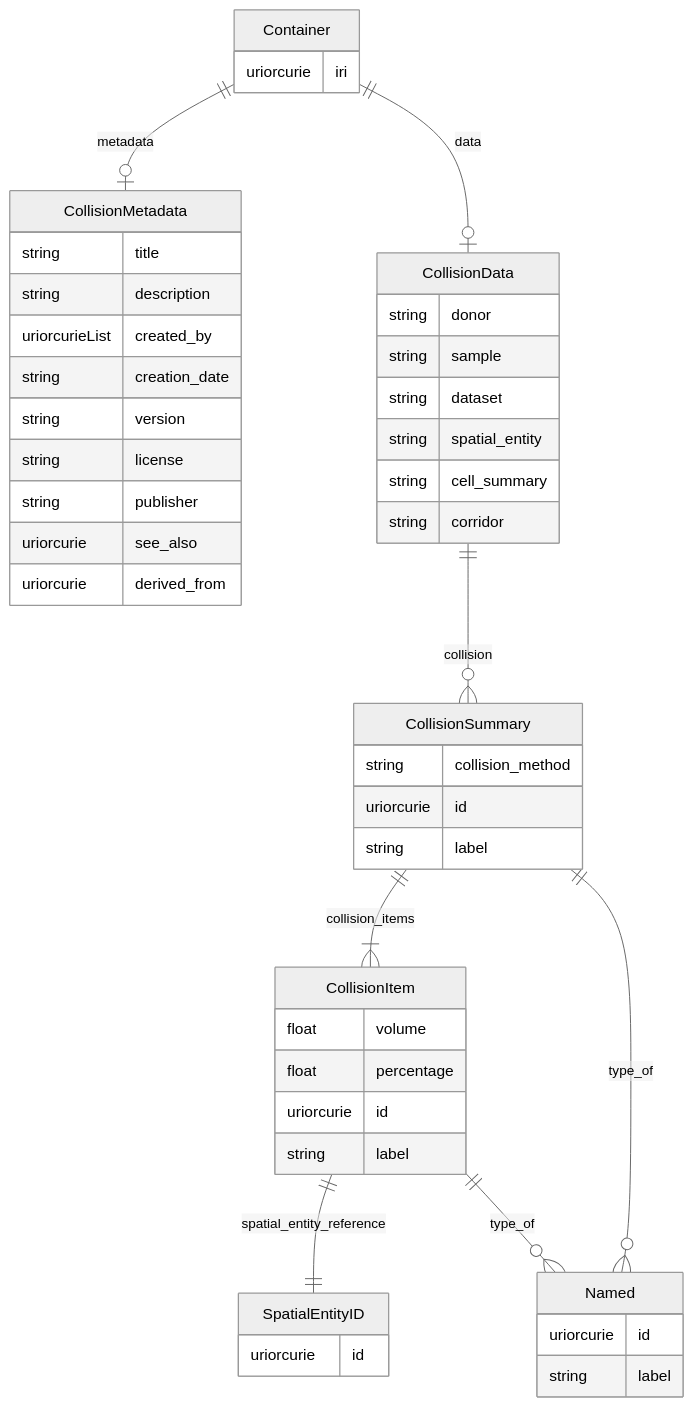
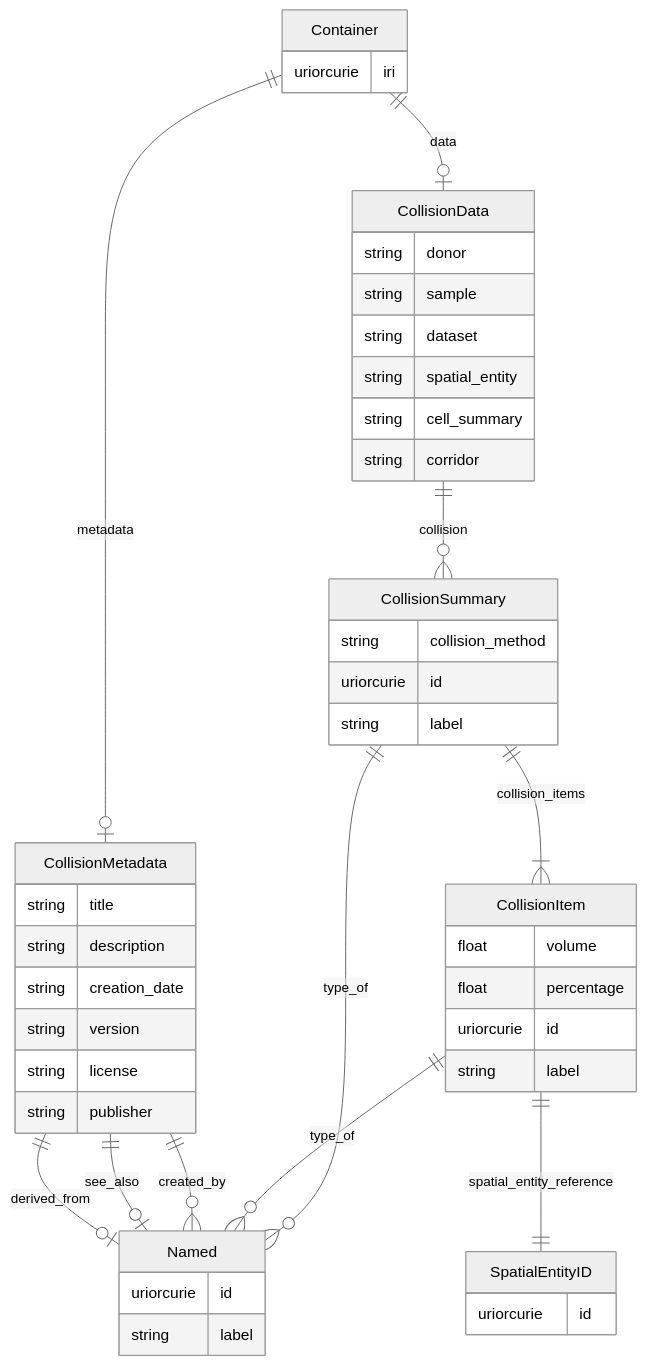
One commit to hubmapconsortium/hra-do-processor changed the sixth of 18 diagrams in er-diagrams.md. Above: the diagram before and after it, drawn with Mermaid (neutral theme). The commit also changed other lines of this file and 26 other files, not shown here.

````diff
--- a/er-diagrams.md
+++ b/er-diagrams.md
@@ -306,52 +314,52 @@
 ```mermaid
 erDiagram
 Container {
     uriorcurie iri  
 }
 CollisionData {
     string donor  
     string sample  
     string dataset  
     string spatial_entity  
     string cell_summary  
     string corridor  
 }
 CollisionSummary {
     string collision_method  
     uriorcurie id  
     string label  
 }
 Named {
     uriorcurie id  
     string label  
 }
 CollisionItem {
     float volume  
     float percentage  
     uriorcurie id  
     string label  
 }
 SpatialEntityID {
     uriorcurie id  
 }
 CollisionMetadata {
     string title  
     string description  
-    uriorcurieList created_by  
     string creation_date  
     string version  
     string license  
     string publisher  
-    uriorcurie see_also  
-    uriorcurie derived_from  
 }
 
 Container ||--|o CollisionMetadata : "metadata"
 Container ||--|o CollisionData : "data"
 CollisionData ||--}o CollisionSummary : "collision"
 CollisionSummary ||--}| CollisionItem : "collision_items"
 CollisionSummary ||--}o Named : "type_of"
 CollisionItem ||--|| SpatialEntityID : "spatial_entity_reference"
 CollisionItem ||--}o Named : "type_of"
+CollisionMetadata ||--}o Named : "created_by"
+CollisionMetadata ||--|o Named : "see_also"
+CollisionMetadata ||--|o Named : "derived_from"
 
 ```
````
